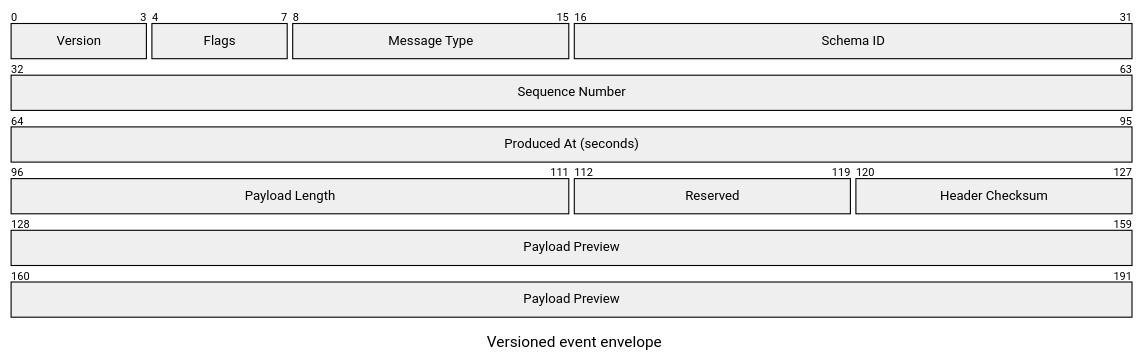
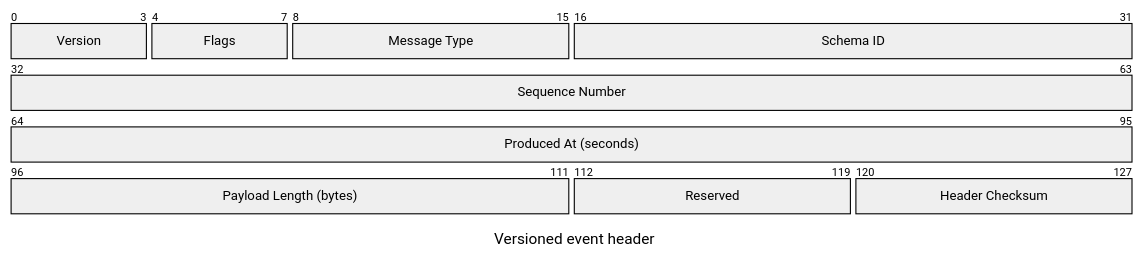
Before and after one commit to mols3131d/mols-agent-assets: the second of 2 diagrams in src/rulesync/.rulesync/skills/mols-mermaid-diagram/references/examples/packet-diagram.md, drawn with Mermaid. The commit also changed other lines of this file and 27 other files, not shown here.

Commit message:
docs(mermaid): diagram examples 단계별 고도화

````diff
--- a/src/rulesync/.rulesync/skills/mols-mermaid-diagram/references/examples/packet-diagram.md
+++ b/src/rulesync/.rulesync/skills/mols-mermaid-diagram/references/examples/packet-diagram.md
@@ -24,14 +40,13 @@
 ```mermaid
 packet
-    title Versioned event envelope
+    title Versioned event header
     +4: "Version"
     +4: "Flags"
     +8: "Message Type"
     +16: "Schema ID"
     +32: "Sequence Number"
     +32: "Produced At (seconds)"
-    +16: "Payload Length"
-    112-119: "Reserved"
-    120-127: "Header Checksum"
-    128-191: "Payload Preview"
+    +16: "Payload Length (bytes)"
+    +8: "Reserved"
+    +8: "Header Checksum"
 ```
````
